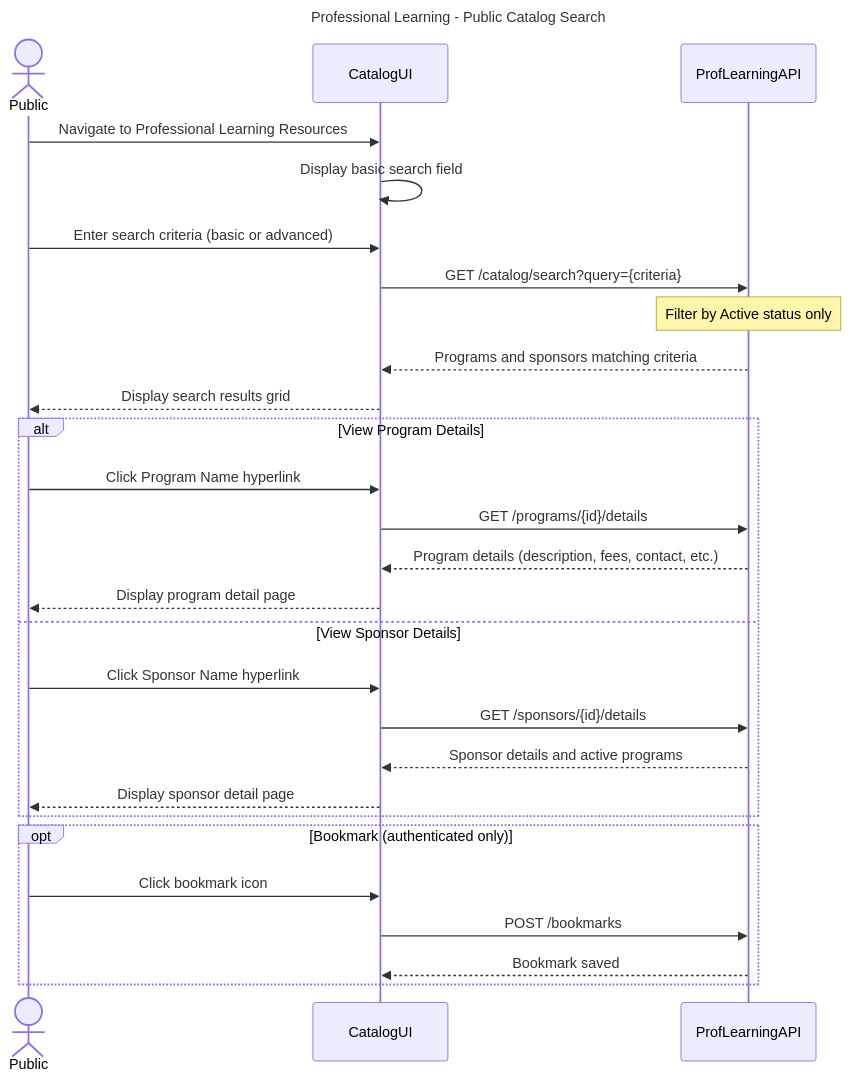
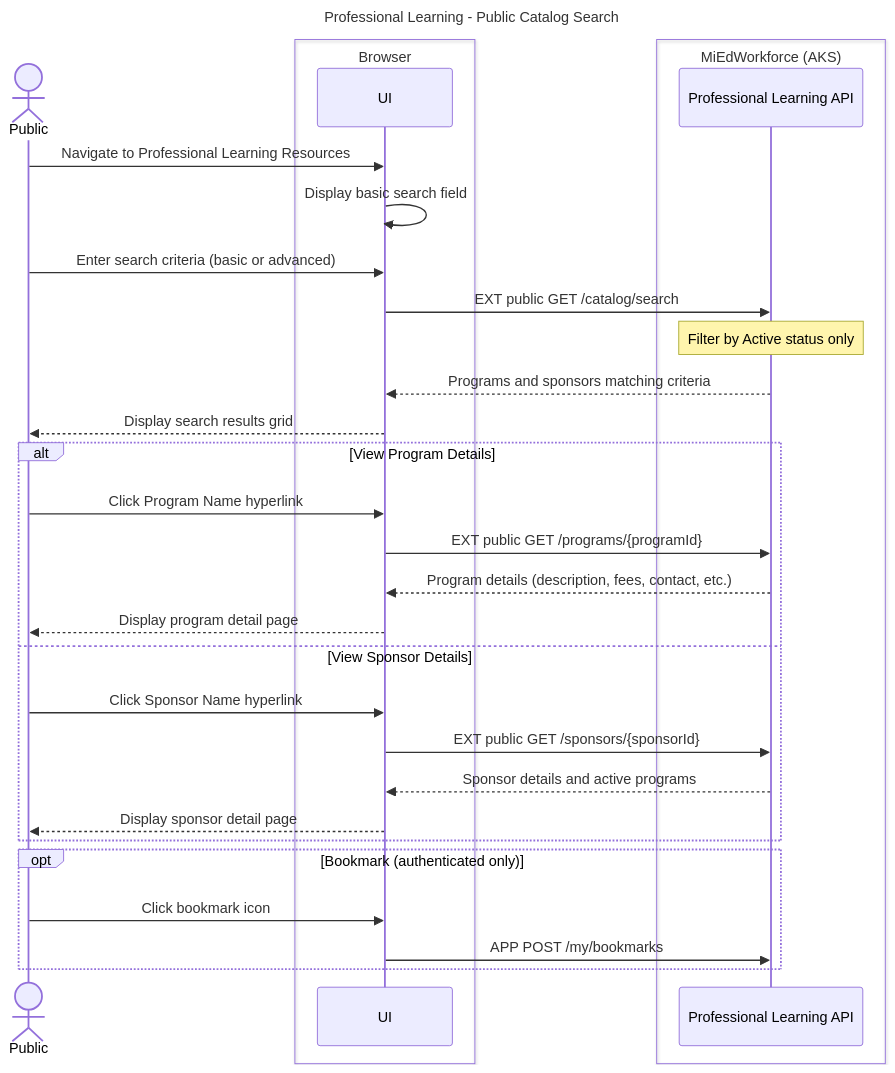
The tenth of 10 diagrams in working-docs/solution-areas/proflearning/proflearning-sequences.md (mnichols-dl/mied-design), drawn with Mermaid before and after one commit. The commit also changed other lines of this file and 34 other files, not shown here.

Commit message:
Update sequences and perform RTM assessment

````diff
--- a/working-docs/solution-areas/proflearning/proflearning-sequences.md
+++ b/working-docs/solution-areas/proflearning/proflearning-sequences.md
@@ -561,37 +589,40 @@
 ```mermaid
 ---
 title: Professional Learning - Public Catalog Search
 ---
 sequenceDiagram
     actor Public
-    participant CatalogUI
-    participant ProfLearningAPI
-    
-    Public->>CatalogUI: Navigate to Professional Learning Resources
-    CatalogUI->>CatalogUI: Display basic search field
-    
-    Public->>CatalogUI: Enter search criteria (basic or advanced)
-    CatalogUI->>ProfLearningAPI: GET /catalog/search?query={criteria}
-    Note over ProfLearningAPI: Filter by Active status only
-    ProfLearningAPI-->>CatalogUI: Programs and sponsors matching criteria
-    
-    CatalogUI-->>Public: Display search results grid
-    
+    box Browser
+        participant UI as UI
+    end
+    box MiEdWorkforce (AKS)
+        participant ProfLearningApi as Professional Learning API
+    end
+
+    Public->>UI: Navigate to Professional Learning Resources
+    UI->>UI: Display basic search field
+
+    Public->>UI: Enter search criteria (basic or advanced)
+    UI->>ProfLearningApi: EXT public GET /catalog/search
+    Note over ProfLearningApi: Filter by Active status only
+    ProfLearningApi-->>UI: Programs and sponsors matching criteria
+
+    UI-->>Public: Display search results grid
+
     alt View Program Details
-        Public->>CatalogUI: Click Program Name hyperlink
-        CatalogUI->>ProfLearningAPI: GET /programs/{id}/details
-        ProfLearningAPI-->>CatalogUI: Program details (description, fees, contact, etc.)
-        CatalogUI-->>Public: Display program detail page
+        Public->>UI: Click Program Name hyperlink
+        UI->>ProfLearningApi: EXT public GET /programs/{programId}
+        ProfLearningApi-->>UI: Program details (description, fees, contact, etc.)
+        UI-->>Public: Display program detail page
     else View Sponsor Details
-        Public->>CatalogUI: Click Sponsor Name hyperlink
-        CatalogUI->>ProfLearningAPI: GET /sponsors/{id}/details
-        ProfLearningAPI-->>CatalogUI: Sponsor details and active programs
-        CatalogUI-->>Public: Display sponsor detail page
+        Public->>UI: Click Sponsor Name hyperlink
+        UI->>ProfLearningApi: EXT public GET /sponsors/{sponsorId}
+        ProfLearningApi-->>UI: Sponsor details and active programs
+        UI-->>Public: Display sponsor detail page
     end
-    
+
     opt Bookmark (authenticated only)
-        Public->>CatalogUI: Click bookmark icon
-        CatalogUI->>ProfLearningAPI: POST /bookmarks
-        ProfLearningAPI-->>CatalogUI: Bookmark saved
+        Public->>UI: Click bookmark icon
+        UI->>ProfLearningApi: APP POST /my/bookmarks
     end
 ```
````
